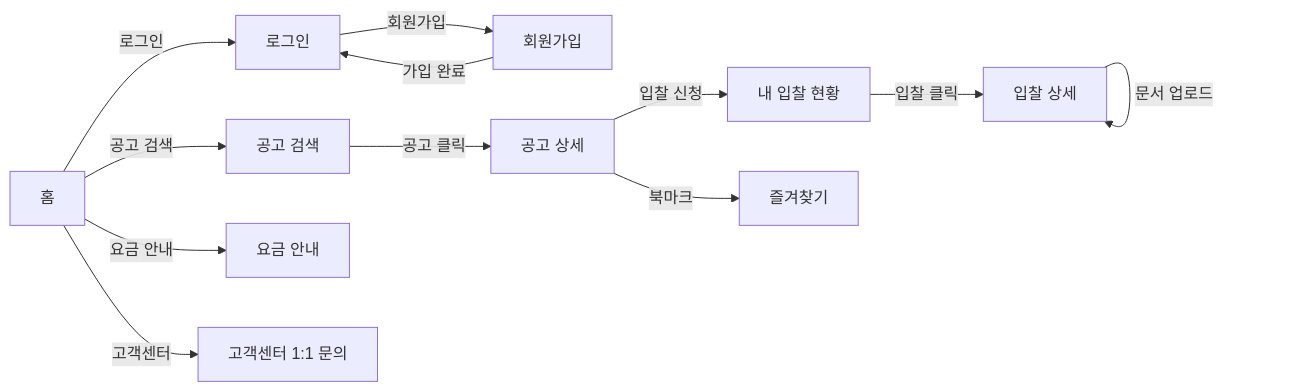
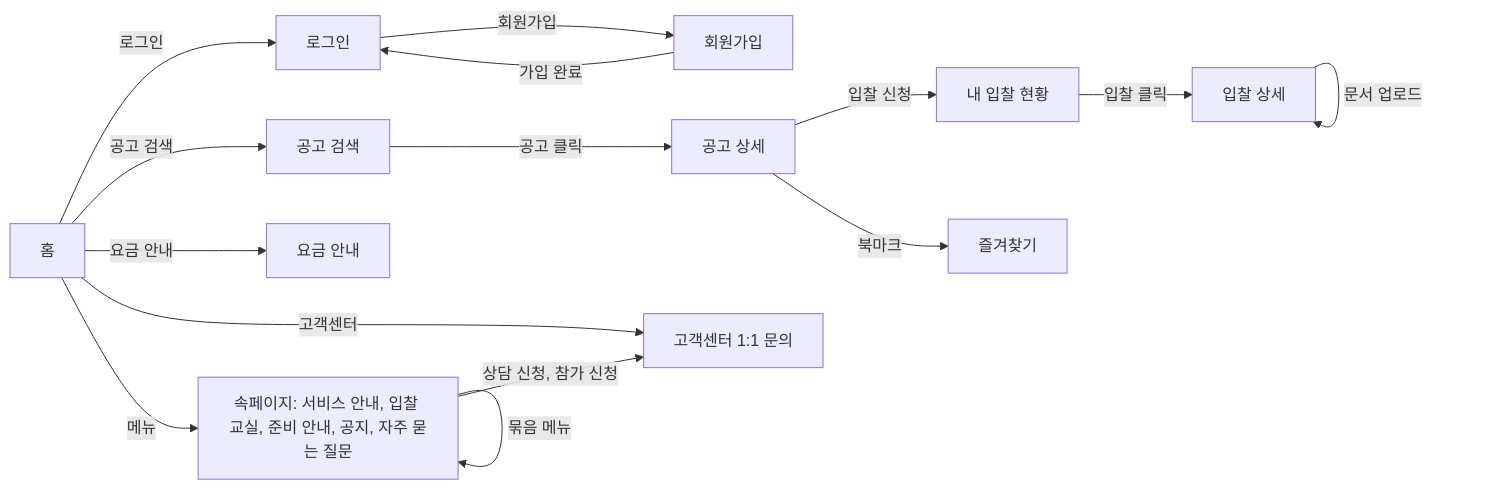
One commit to johnnykim7/wjbid changed the first of 2 diagrams in docs/T3-3_화면_구조.md. Above: the diagram before and after it, drawn with Mermaid. The commit also changed other lines of this file and 29 other files, not shown here.

````diff
--- a/docs/T3-3_화면_구조.md
+++ b/docs/T3-3_화면_구조.md
@@ -517,14 +637,17 @@
 ```mermaid
 flowchart LR
     HOME[홈] -->|공고 검색| SEARCH[공고 검색]
     HOME -->|로그인| LOGIN[로그인]
     LOGIN -->|회원가입| REGISTER[회원가입]
     REGISTER -->|가입 완료| LOGIN
     SEARCH -->|공고 클릭| DETAIL[공고 상세]
     DETAIL -->|입찰 신청| PROPOSALS[내 입찰 현황]
     DETAIL -->|북마크| BOOKMARKS[즐겨찾기]
     PROPOSALS -->|입찰 클릭| PROPOSAL_DETAIL[입찰 상세]
     PROPOSAL_DETAIL -->|문서 업로드| PROPOSAL_DETAIL
     HOME -->|요금 안내| PRICING[요금 안내]
     HOME -->|고객센터| SUPPORT[고객센터 1:1 문의]
+    HOME -->|메뉴| SUB[속페이지: 서비스 안내, 입찰 교실, 준비 안내, 공지, 자주 묻는 질문]
+    SUB -->|상담 신청, 참가 신청| SUPPORT
+    SUB -->|묶음 메뉴| SUB
 ```
````
